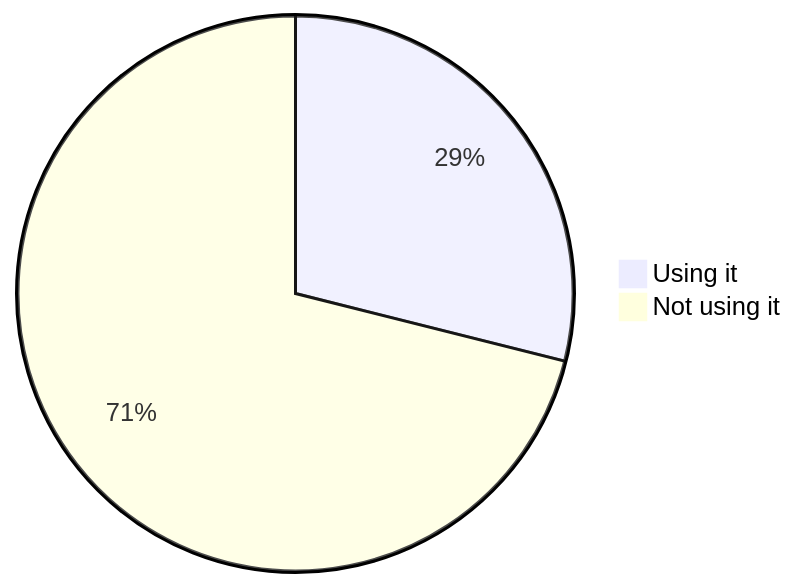
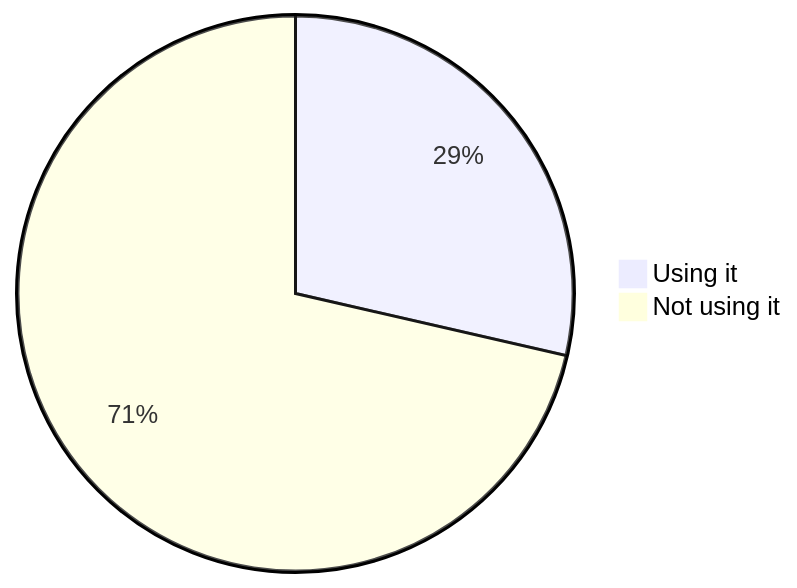
Diagram 16 of 22 in stats.md (oshp/oshp-stats), drawn with Mermaid before and after one commit. The commit also changed other lines of this file, not shown here.

````diff
--- a/stats.md
+++ b/stats.md
@@ -190,6 +190,6 @@
 ```mermaid
 pie
-	"Using it" : 28.92
-	"Not using it" : 71.08
+	"Using it" : 28.59
+	"Not using it" : 71.41
 
 ```
````
